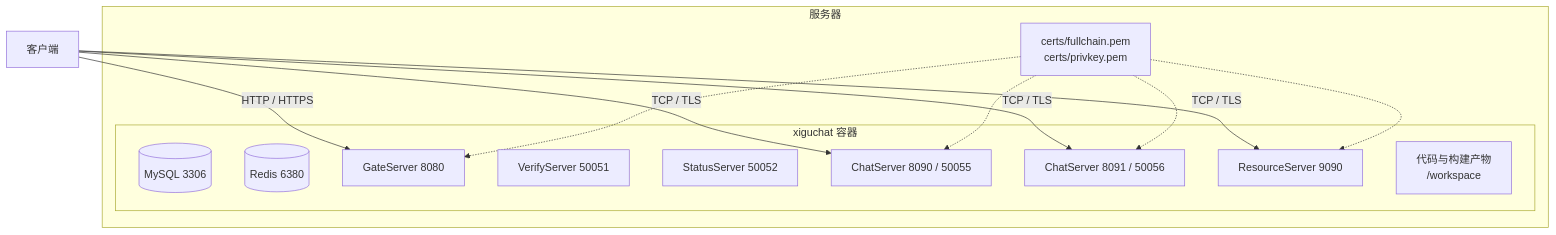
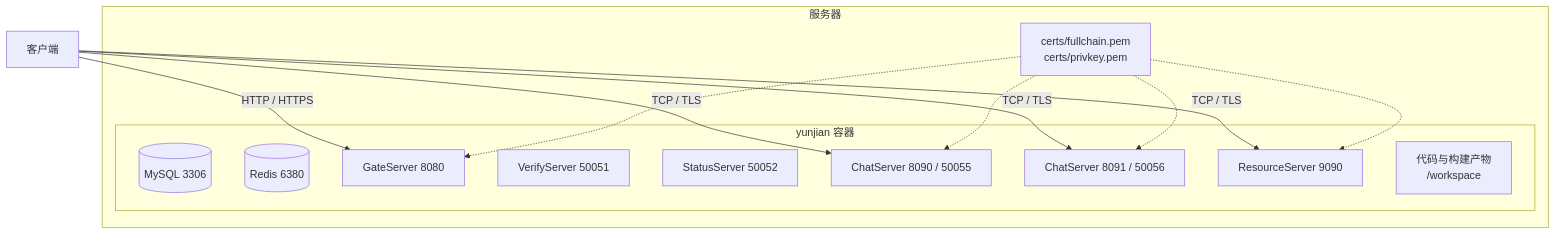
Before and after one commit to yrc920/yunjian: the first of 2 diagrams in docs/12-deployment.md, drawn with Mermaid. The commit also changed other lines of this file and 84 other files, not shown here.

````diff
--- a/docs/12-deployment.md
+++ b/docs/12-deployment.md
@@ -10,25 +10,25 @@
 ```mermaid
 flowchart TB
     subgraph Host["服务器"]
-        subgraph Container["xiguchat 容器"]
+        subgraph Container["yunjian 容器"]
             My[("MySQL 3306")]
             Re[("Redis 6380")]
             G["GateServer 8080"]
             V["VerifyServer 50051"]
             S["StatusServer 50052"]
             C1["ChatServer 8090 / 50055"]
             C2["ChatServer 8091 / 50056"]
             R["ResourceServer 9090"]
             W["代码与构建产物<br/>/workspace"]
         end
         Cert["certs/fullchain.pem<br/>certs/privkey.pem"]
     end
     Client["客户端"] -->|"HTTP / HTTPS"| G
     Client -->|"TCP / TLS"| C1
     Client -->|"TCP / TLS"| C2
     Client -->|"TCP / TLS"| R
     Cert -.-> G
     Cert -.-> C1
     Cert -.-> C2
     Cert -.-> R
 ```
````
